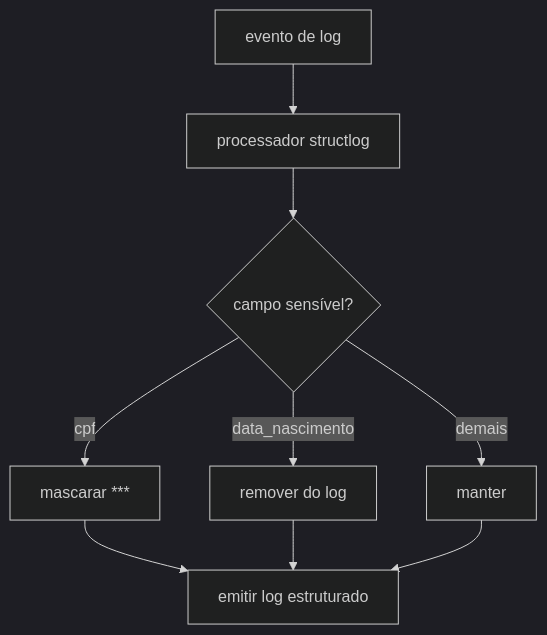
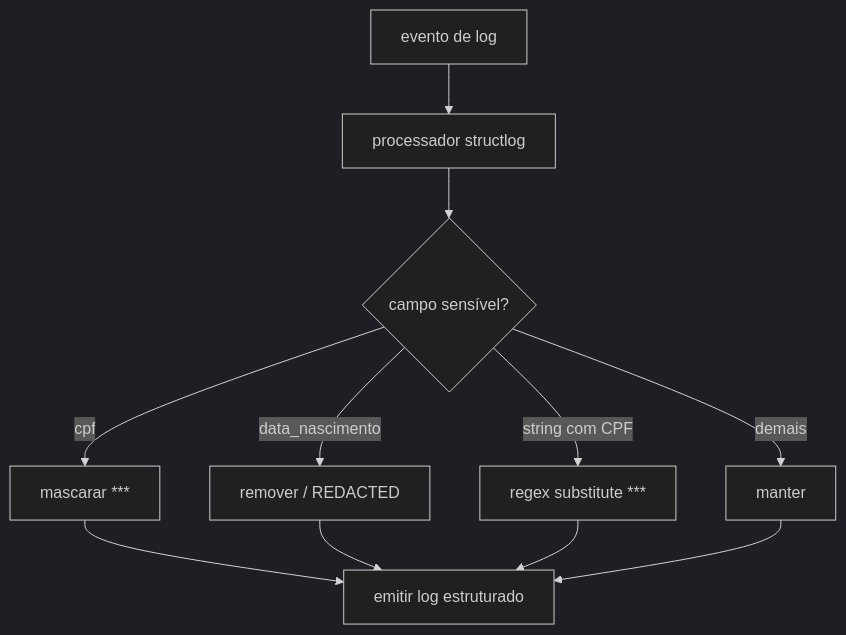
The second of 3 diagrams in docs/fluxogramas/parte-4-observabilidade.md (holdenoffmenn/desafio-t4h), drawn with Mermaid (dark theme) before and after one commit. The commit also changed other lines of this file and 1 other file, not shown here.

First line of the commit message:
docs: finalize delivery README and Part 4 flowcharts

````diff
--- a/docs/fluxogramas/parte-4-observabilidade.md
+++ b/docs/fluxogramas/parte-4-observabilidade.md
@@ -24,11 +28,13 @@
 ```mermaid
 flowchart TD
     A[evento de log] --> P[processador structlog]
     P --> C{campo sensível?}
     C -- cpf --> M[mascarar ***]
-    C -- data_nascimento --> D[remover do log]
+    C -- data_nascimento --> D[remover / REDACTED]
+    C -- string com CPF --> S[regex substitute ***]
     C -- demais --> K[manter]
     M --> OUT[emitir log estruturado]
     D --> OUT
+    S --> OUT
     K --> OUT
 ```
````
